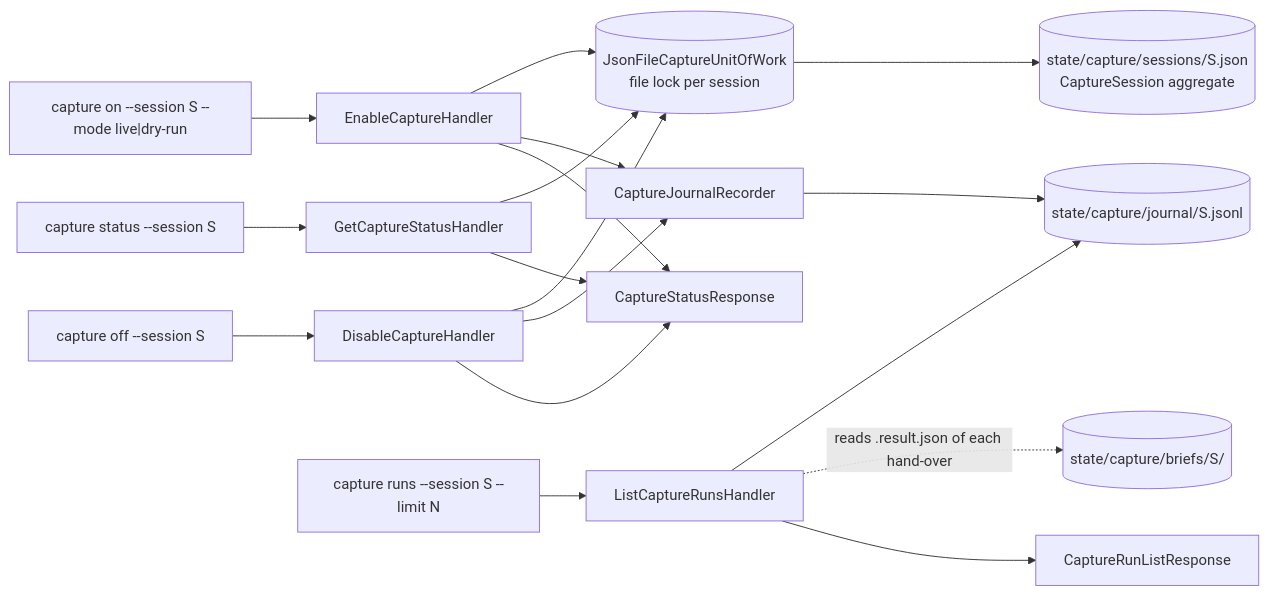
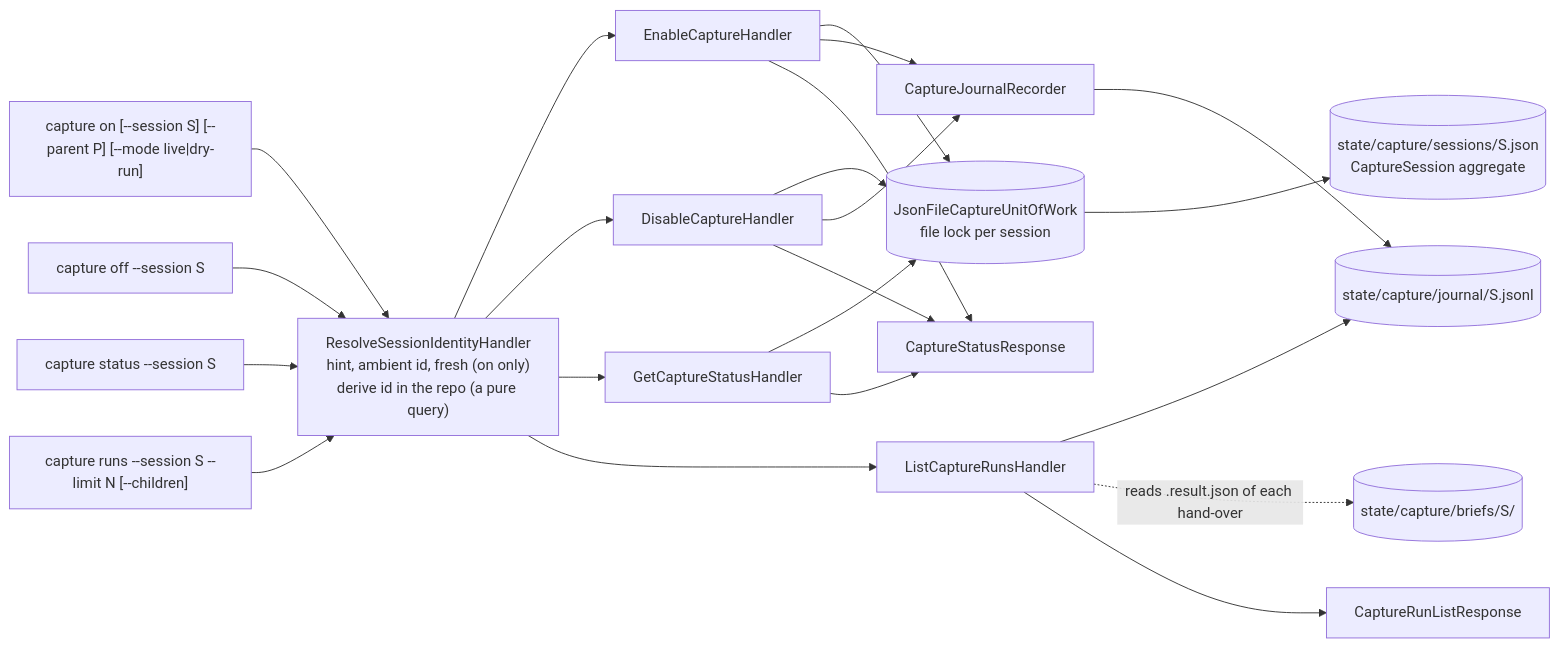
One commit to p-hzamora/noesis changed the diagram in docs/workflows/capture.md. Above: the diagram before and after it, drawn with Mermaid. The commit also changed other lines of this file and 7 other files, not shown here.

Commit message:
docs(capture): document repo and session identity, --parent and worktree capture

````diff
--- a/docs/workflows/capture.md
+++ b/docs/workflows/capture.md
@@ -3,22 +3,30 @@
 ```mermaid
 flowchart LR
-    con["capture on --session S --mode live|dry-run"] --> en[EnableCaptureHandler]
-    coff["capture off --session S"] --> dis[DisableCaptureHandler]
-    st["capture status --session S"] --> gs[GetCaptureStatusHandler]
-    runs["capture runs --session S --limit N"] --> lr[ListCaptureRunsHandler]
+    con["capture on [--session S] [--parent P] [--mode live|dry-run]"] --> res
+    coff["capture off --session S"] --> res
+    st["capture status --session S"] --> res
+    runs["capture runs --session S --limit N [--children]"] --> res
+    res["ResolveSessionIdentityHandler<br/>hint, ambient id, fresh (on only)<br/>derive id in the repo (a pure query)"] --> en
+    res --> dis
+    res --> gs
+    res --> lr
+    en[EnableCaptureHandler]
+    dis[DisableCaptureHandler]
+    gs[GetCaptureStatusHandler]
+    lr[ListCaptureRunsHandler]
 
     en --> uow[("JsonFileCaptureUnitOfWork<br/>file lock per session")]
     dis --> uow
     gs --> uow
     uow --> sess[("state/capture/sessions/S.json<br/>CaptureSession aggregate")]
     en --> rec[CaptureJournalRecorder]
     dis --> rec
     rec --> jr[("state/capture/journal/S.jsonl")]
     lr --> jr
     lr -.->|"reads .result.json of each hand-over"| briefs[("state/capture/briefs/S/")]
 
     gs --> resp1[CaptureStatusResponse]
     en --> resp1
     dis --> resp1
     lr --> resp2[CaptureRunListResponse]
 ```
````
